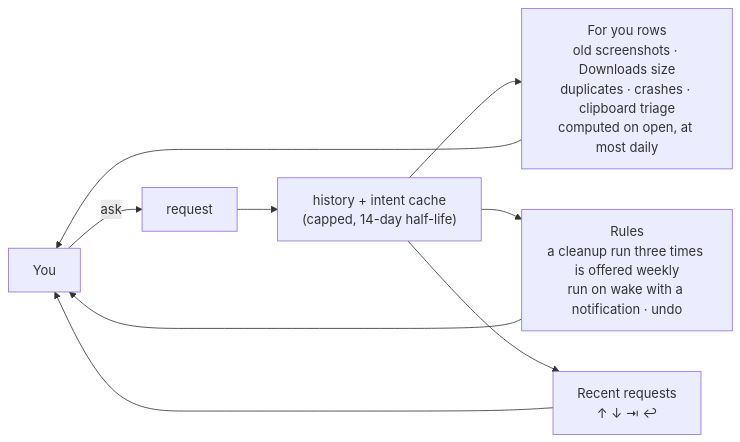
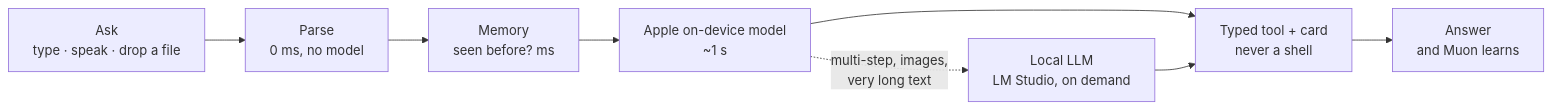
The diagram in README.md (harshdvaid24/muon), drawn with Mermaid before and after one commit. The commit also changed other lines of this file, not shown here.

Commit message:
docs: one small how-it-works diagram

````diff
--- a/README.md
+++ b/README.md
@@ -250,11 +229,10 @@
 ```mermaid
 flowchart LR
-    U["You"] -- "ask" --> Q["request"]
-    Q --> H["history + intent cache<br/>(capped, 14-day half-life)"]
-    H --> FY["For you rows<br/>old screenshots · Downloads size<br/>duplicates · crashes · clipboard triage<br/>computed on open, at most daily"]
-    H --> RU["Rules<br/>a cleanup run three times is offered weekly<br/>run on wake with a notification · undo"]
-    H --> RC["Recent requests<br/>↑ ↓ ⇥ ↩"]
-    FY --> U
-    RU --> U
-    RC --> U
+    A["Ask<br/>type · speak · drop a file"] --> B["Parse<br/>0 ms, no model"]
+    B --> C["Memory<br/>seen before? ms"]
+    C --> D["Apple on-device model<br/>~1 s"]
+    D -. "multi-step, images,<br/>very long text" .-> E["Local LLM<br/>LM Studio, on demand"]
+    D --> F["Typed tool + card<br/>never a shell"]
+    E --> F
+    F --> G["Answer<br/>and Muon learns"]
 ```
````
